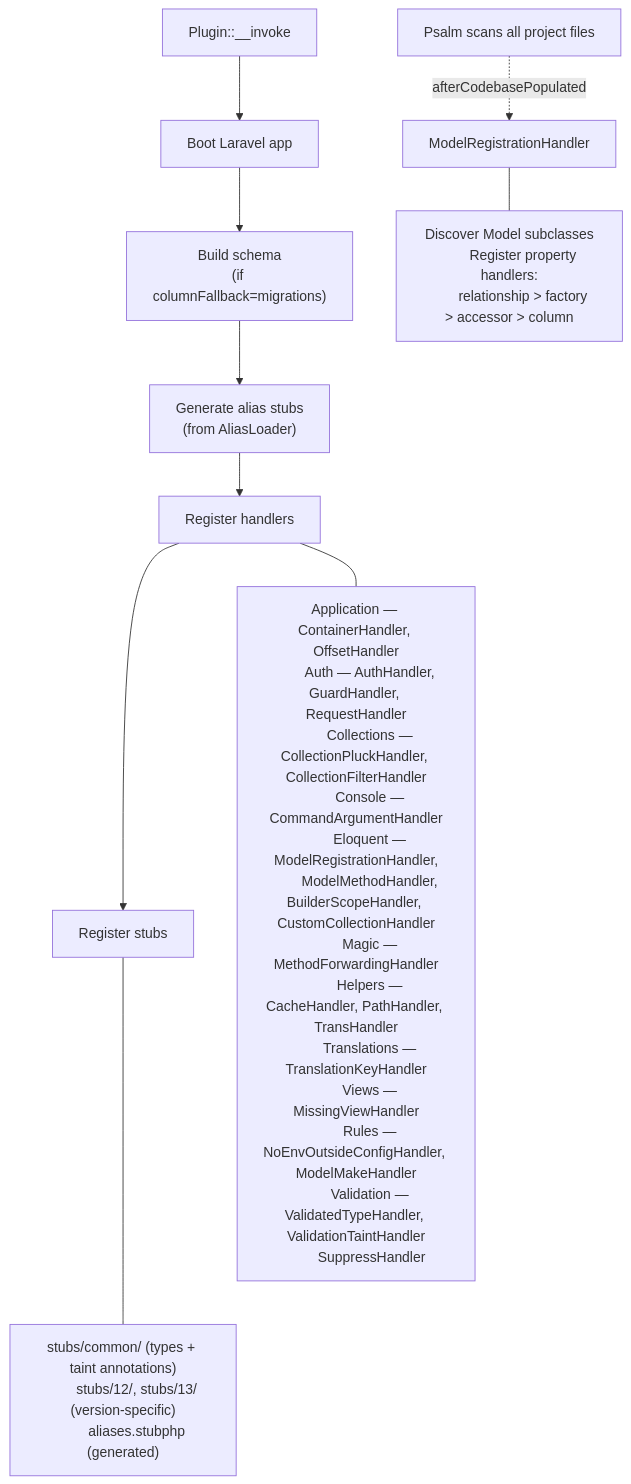
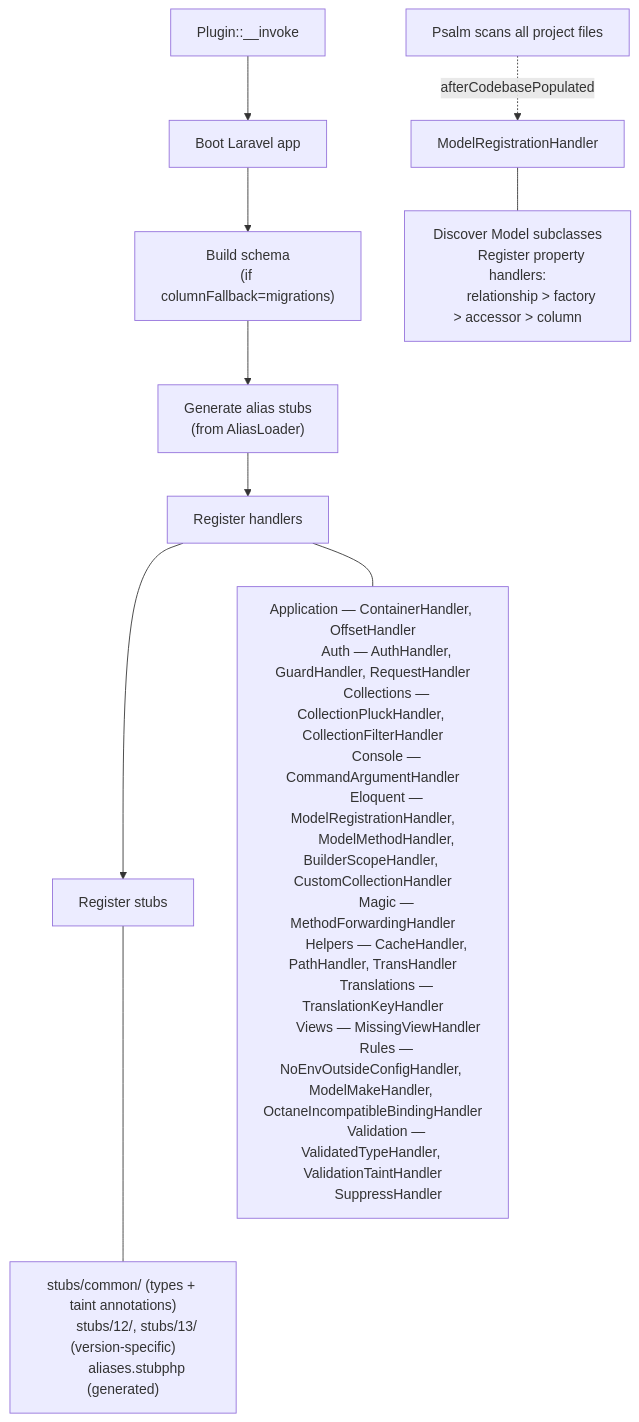
Before and after one commit to psalm/psalm-plugin-laravel: the first of 2 diagrams in docs/contributing/README.md, drawn with Mermaid. The commit also changed other lines of this file and 7 other files, not shown here.

First line of the commit message:
feat: detect Octane-incompatible singleton/scoped bindings

````diff
--- a/docs/contributing/README.md
+++ b/docs/contributing/README.md
@@ -19,37 +19,37 @@
 ```mermaid
 flowchart TD
     A["Plugin::__invoke"] --> B["Boot Laravel app"]
     B --> C["Build schema\n(if columnFallback=migrations)"]
     C --> D["Generate alias stubs\n(from AliasLoader)"]
     D --> E["Register handlers"]
     E --> F["Register stubs"]
 
     E --- handlers["
         Application — ContainerHandler, OffsetHandler
         Auth — AuthHandler, GuardHandler, RequestHandler
         Collections — CollectionPluckHandler, CollectionFilterHandler
         Console — CommandArgumentHandler
         Eloquent — ModelRegistrationHandler,
         ModelMethodHandler, BuilderScopeHandler, CustomCollectionHandler
         Magic — MethodForwardingHandler
         Helpers — CacheHandler, PathHandler, TransHandler
         Translations — TranslationKeyHandler
         Views — MissingViewHandler
-        Rules — NoEnvOutsideConfigHandler, ModelMakeHandler
+        Rules — NoEnvOutsideConfigHandler, ModelMakeHandler, OctaneIncompatibleBindingHandler
         Validation — ValidatedTypeHandler, ValidationTaintHandler
         SuppressHandler
     "]
 
     F --- stubs["
         stubs/common/ (types + taint annotations)
         stubs/12/, stubs/13/ (version-specific)
         aliases.stubphp (generated)
     "]
 
     G["Psalm scans all project files"] -.->|afterCodebasePopulated| H["ModelRegistrationHandler"]
     H --- models["
         Discover Model subclasses
         Register property handlers:
         relationship > factory > accessor > column
     "]
 ```
````
